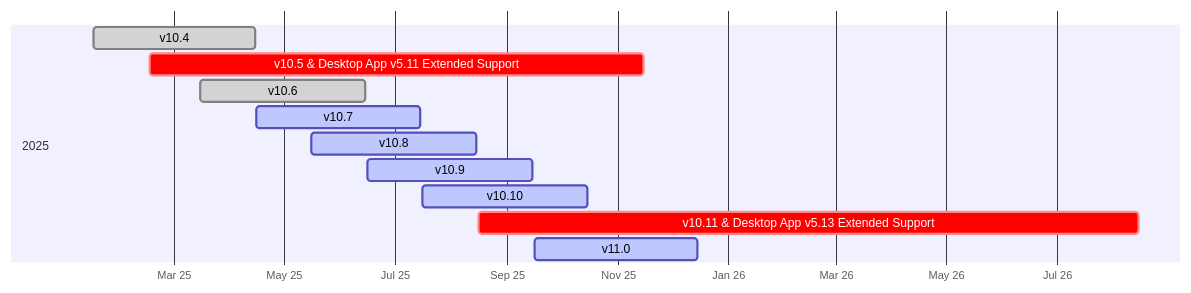
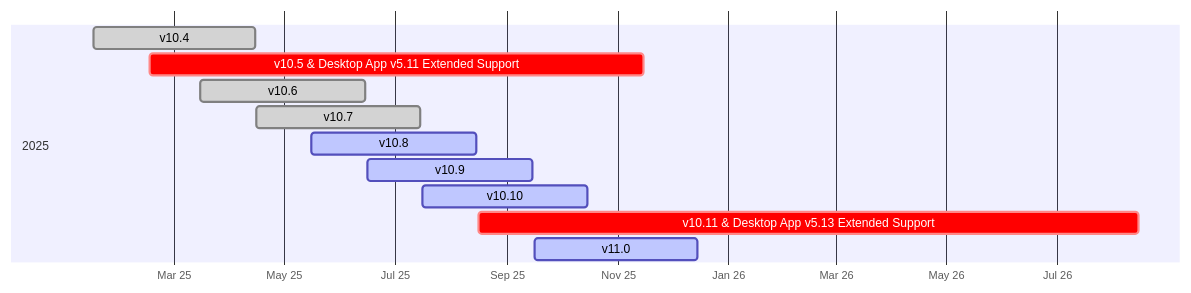
One commit to mattermost/docs changed the diagram in source/about/release-policy.md. Above: the diagram before and after it, drawn with Mermaid.

````diff
--- a/source/about/release-policy.md
+++ b/source/about/release-policy.md
@@ -53,18 +53,18 @@
 ```{mermaid}
 
 gantt
     dateFormat  YYYY-MM-DD
     axisFormat  %b %y
     tickInterval 2month
 
     section 2025
     v10.4                  :done,  2025-01-16, 2025-04-15
     v10.5 & Desktop App v5.11 Extended Support :crit,    2025-02-16, 2025-11-15
     v10.6                  :done, 2025-03-16, 2025-06-15
-    v10.7                  :active, 2025-04-16, 2025-07-15
+    v10.7                  :done, 2025-04-16, 2025-07-15
     v10.8                  :active, 2025-05-16, 2025-08-15
     v10.9                  :active, 2025-06-16, 2025-09-15
     v10.10                 :active, 2025-07-16, 2025-10-15
     v10.11 & Desktop App v5.13 Extended Support :crit,    2025-08-16, 2026-08-15
     v11.0                  :active, 2025-09-16, 2025-12-15
 ```
````
